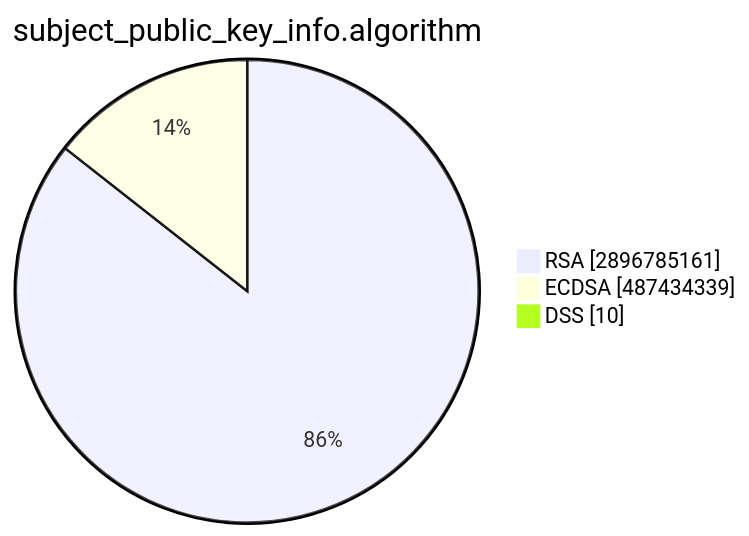
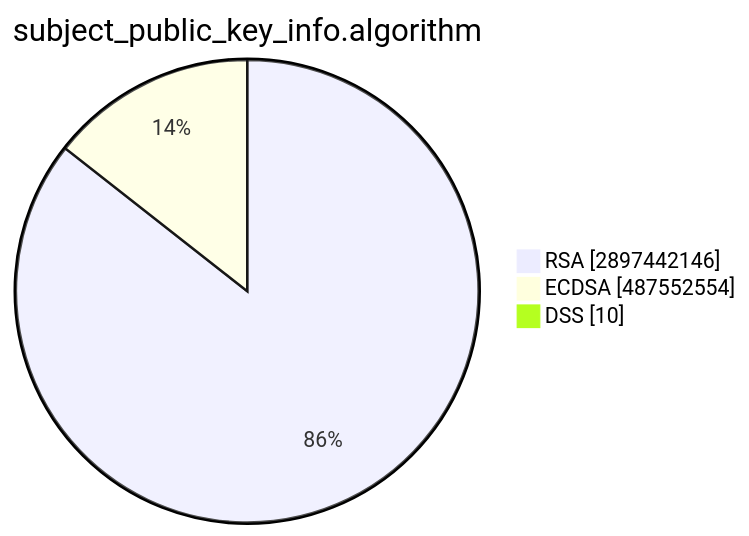
Before and after one commit to christiankrug/ctmonitor_visualization: the second of 15 diagrams in TOTAL/README.md, drawn with Mermaid. The commit also changed other lines of this file, not shown here.

````diff
--- a/TOTAL/README.md
+++ b/TOTAL/README.md
@@ -6,7 +6,7 @@
 ```mermaid
 pie showData
 title subject_public_key_info.algorithm
-"RSA" :2896785161
-"ECDSA" :487434339
+"RSA" :2897442146
+"ECDSA" :487552554
 "DSS" :10
 ```
````
